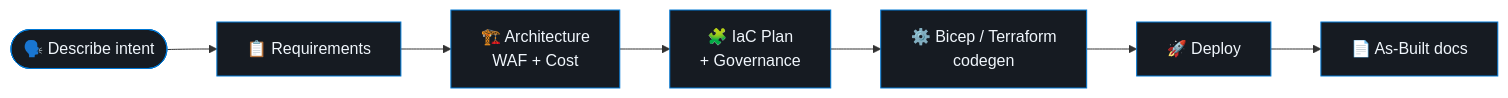
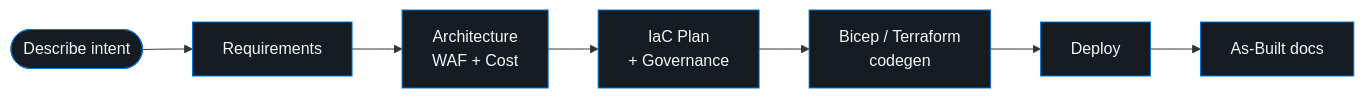
The diagram in README.md (jonathan-vella/jonathan-vella), drawn with Mermaid before and after one commit.

Commit message:
Drop emoji from mermaid labels for reliable GitHub rendering
Copilot-Session: f9978620-734e-4eee-a428-ecfe57aa5361

````diff
--- a/README.md
+++ b/README.md
@@ -40,11 +40,11 @@
 ```mermaid
 flowchart LR
-    I([🗣️ Describe intent]) --> R[📋 Requirements]
-    R --> A[🏗️ Architecture<br/>WAF + Cost]
-    A --> P[🧩 IaC Plan<br/>+ Governance]
-    P --> G[⚙️ Bicep / Terraform<br/>codegen]
-    G --> D[🚀 Deploy]
-    D --> B[📄 As-Built docs]
+    I([Describe intent]) --> R[Requirements]
+    R --> A[Architecture<br/>WAF + Cost]
+    A --> P[IaC Plan<br/>+ Governance]
+    P --> G[Bicep / Terraform<br/>codegen]
+    G --> D[Deploy]
+    D --> B[As-Built docs]
     classDef step fill:#161b22,stroke:#0078d4,color:#f0f6fc;
     class I,R,A,P,G,D,B step;
 ```
````
